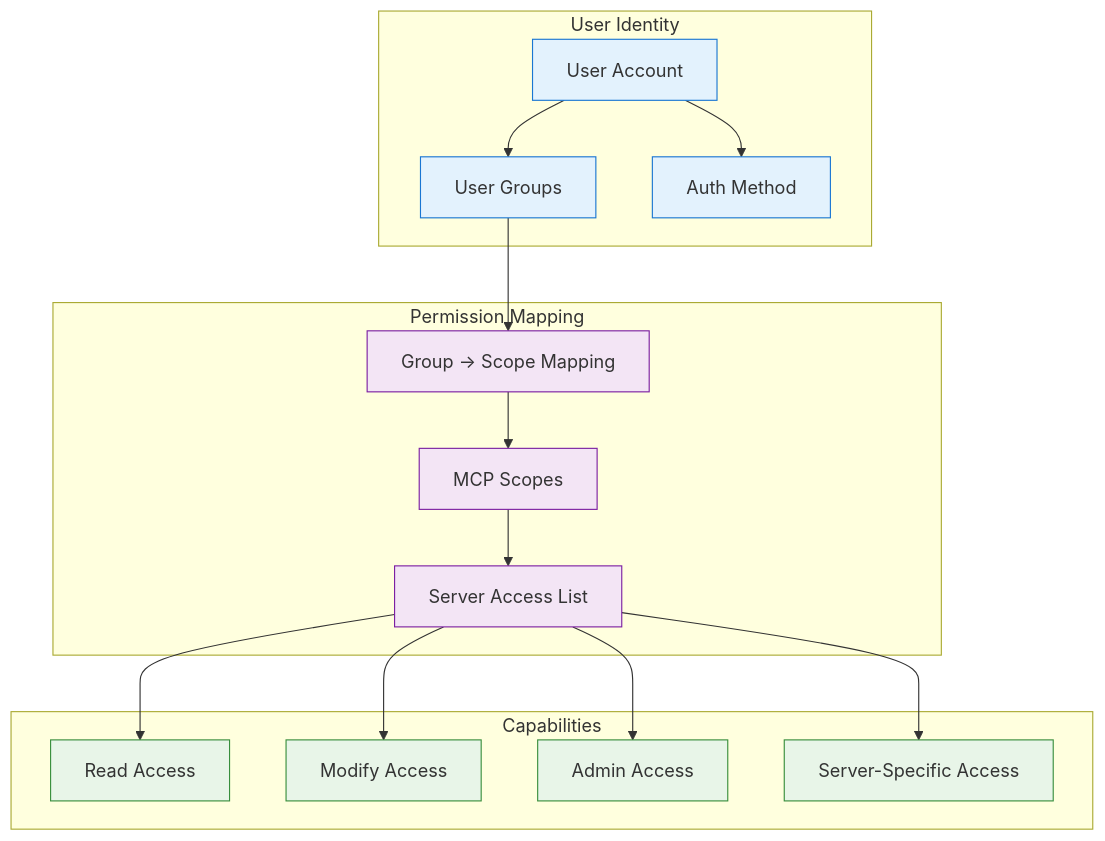
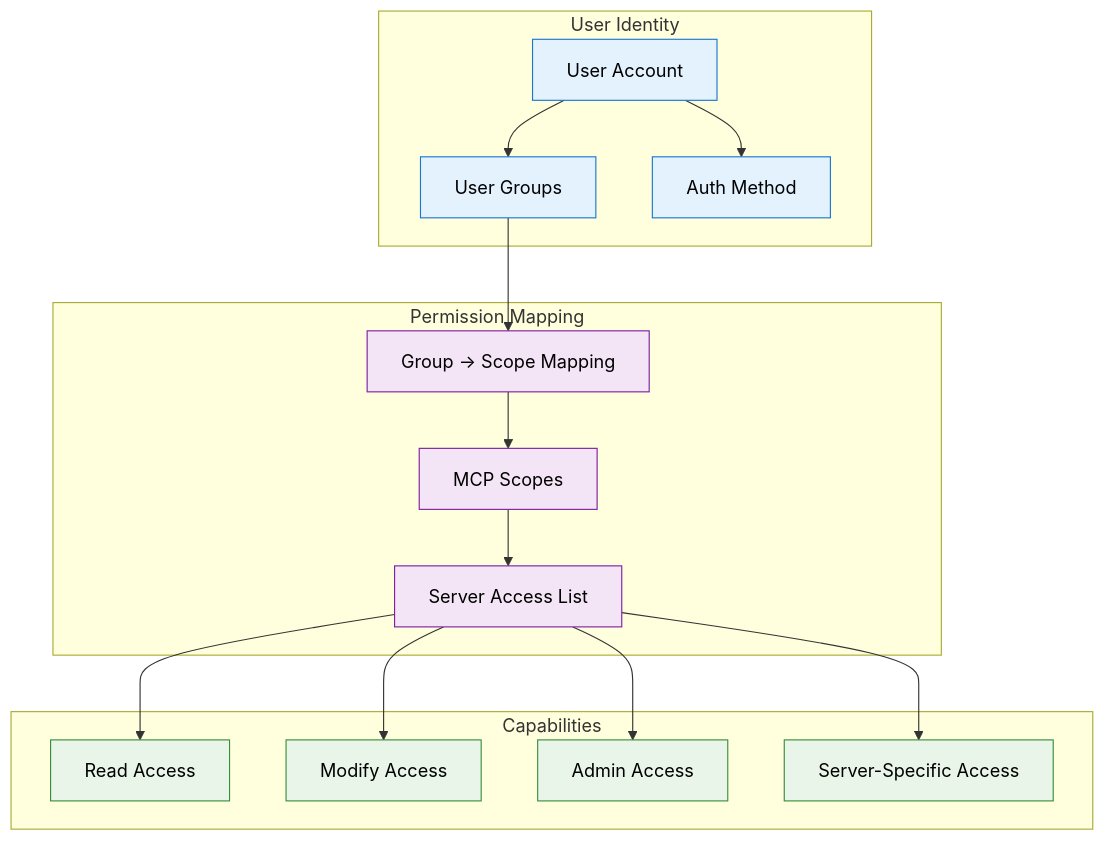
The fifth of 7 diagrams in docs/registry-auth-architecture.md (jrmatherly/mcp-registry-gateway), drawn with Mermaid before and after one commit. The commit also changed other lines of this file and 3 other files, not shown here.

First line of the commit message:
``` docs: add explicit black text color to all Mermaid diagram styles for dark mode compatibility

````diff
--- a/docs/registry-auth-architecture.md
+++ b/docs/registry-auth-architecture.md
@@ -360,40 +360,40 @@
 ```mermaid
 graph TB
     subgraph "User Identity"
         User[User Account]
         Groups[User Groups]
         AuthMethod[Auth Method]
     end
 
     subgraph "Permission Mapping"
         Scopes[MCP Scopes]
         GroupMapping[Group → Scope Mapping]
         ServerAccess[Server Access List]
     end
 
     subgraph "Capabilities"
         ReadAccess[Read Access]
         ModifyAccess[Modify Access]
         AdminAccess[Admin Access]
         ServerSpecific[Server-Specific Access]
     end
 
     User --> Groups
     User --> AuthMethod
     Groups --> GroupMapping
     GroupMapping --> Scopes
     Scopes --> ServerAccess
 
     ServerAccess --> ReadAccess
     ServerAccess --> ModifyAccess
     ServerAccess --> AdminAccess
     ServerAccess --> ServerSpecific
 
-    classDef identity fill:#e3f2fd,stroke:#1976d2
-    classDef mapping fill:#f3e5f5,stroke:#7b1fa2
-    classDef capability fill:#e8f5e8,stroke:#388e3c
+    classDef identity fill:#e3f2fd,stroke:#1976d2,color:#000
+    classDef mapping fill:#f3e5f5,stroke:#7b1fa2,color:#000
+    classDef capability fill:#e8f5e8,stroke:#388e3c,color:#000
 
     class User,Groups,AuthMethod identity
     class Scopes,GroupMapping,ServerAccess mapping
     class ReadAccess,ModifyAccess,AdminAccess,ServerSpecific capability
 ```
````
